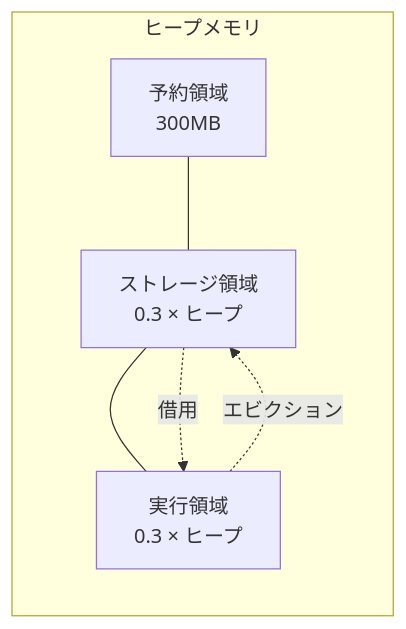
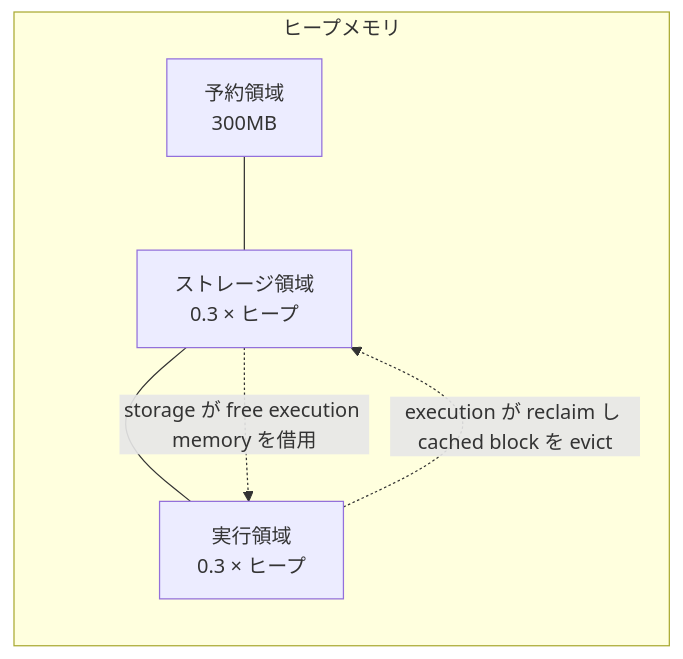
The diagram in spark/part04-storage/13-unified-memory-manager.md (miyamadoKL/source-code-reading), drawn with Mermaid before and after one commit. The commit also changed other lines of this file and 12 other files, not shown here.

````diff
--- a/spark/part04-storage/13-unified-memory-manager.md
+++ b/spark/part04-storage/13-unified-memory-manager.md
@@ -197,12 +197,12 @@
 ```mermaid
 flowchart LR
     subgraph ヒープメモリ
         R[予約領域<br/>300MB]
         S[ストレージ領域<br/>0.3 × ヒープ]
         E[実行領域<br/>0.3 × ヒープ]
     end
     R --- S
     S --- E
-    S -.->|借用| E
-    E -.->|エビクション| S
+    S -.->|storage が free execution memory を借用| E
+    E -.->|execution が reclaim し cached block を evict| S
 ```
````
